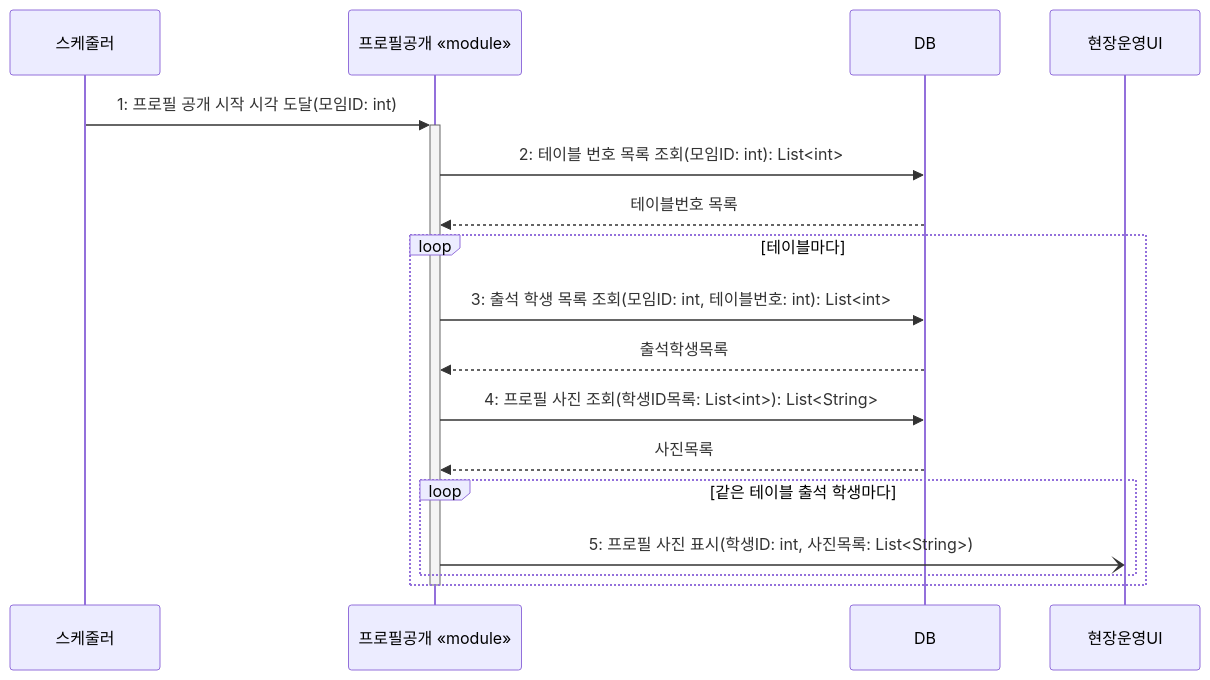
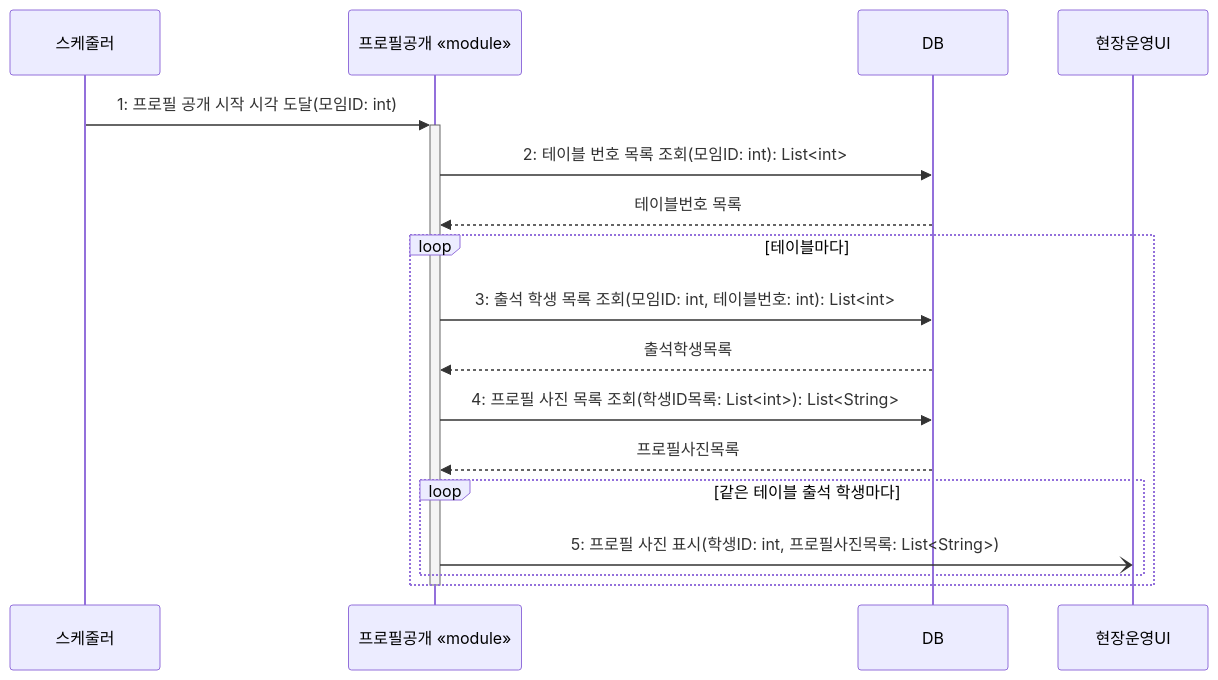
Before and after one commit to hojae3/sw-engineering-16: the diagram in presentation/08/2-sequence-v3.md, drawn with Mermaid. The commit also changed other lines of this file and 2 other files, not shown here.

Commit message:
[presentation] 8번 v3: 프로필 사진 목록 조회, 프로필사진목록으로 이름 변경 (시퀀스·클래스·StarUML)

````diff
--- a/presentation/08/2-sequence-v3.md
+++ b/presentation/08/2-sequence-v3.md
@@ -15,22 +15,22 @@
 ```mermaid
 sequenceDiagram
     participant 스케줄러
     participant 공개 as 프로필공개 «module»
     participant DB as DB
     participant 화면 as 현장운영UI
 
     스케줄러->>+공개: 1: 프로필 공개 시작 시각 도달(모임ID: int)
     공개->>DB: 2: 테이블 번호 목록 조회(모임ID: int): List<int>
     DB-->>공개: 테이블번호 목록
 
     loop 테이블마다
         공개->>DB: 3: 출석 학생 목록 조회(모임ID: int, 테이블번호: int): List<int>
         DB-->>공개: 출석학생목록
-        공개->>DB: 4: 프로필 사진 조회(학생ID목록: List<int>): List<String>
-        DB-->>공개: 사진목록
+        공개->>DB: 4: 프로필 사진 목록 조회(학생ID목록: List<int>): List<String>
+        DB-->>공개: 프로필사진목록
         loop 같은 테이블 출석 학생마다
-            공개-)화면: 5: 프로필 사진 표시(학생ID: int, 사진목록: List<String>)
+            공개-)화면: 5: 프로필 사진 표시(학생ID: int, 프로필사진목록: List<String>)
         end
     end
     deactivate 공개
 ```
````
